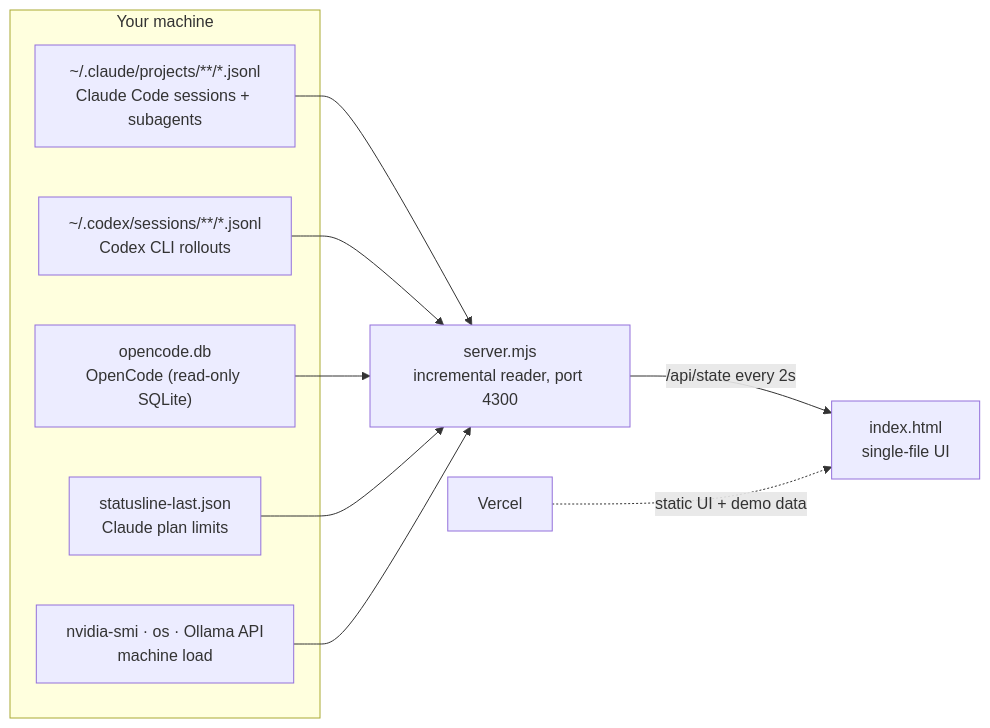
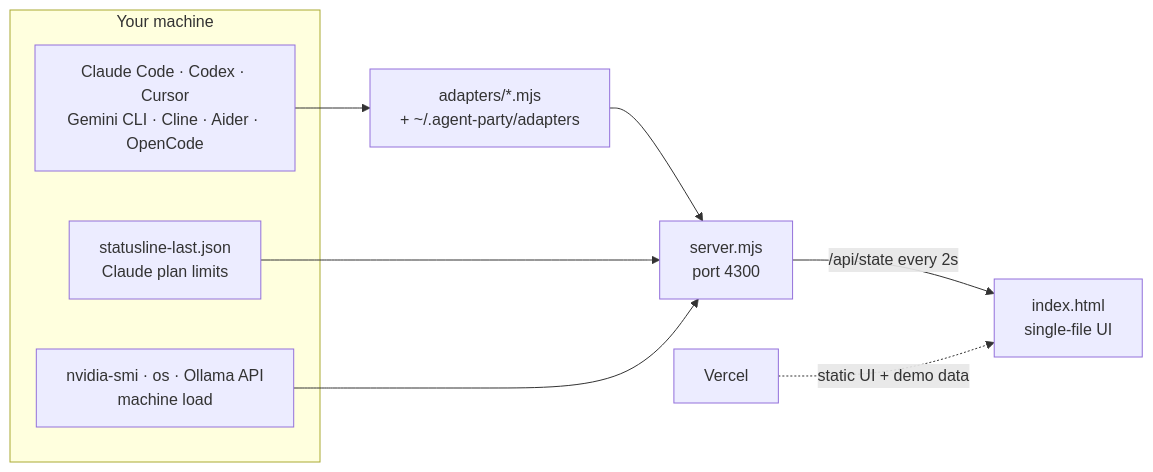
Before and after one commit to jvitorbarros15/agent-dashboard: the diagram in README.md, drawn with Mermaid. The commit also changed other lines of this file and 13 other files, not shown here.

Commit message:
Add adapters for Cursor, Gemini CLI, Aider and Cline, character picker and npx CLI

````diff
--- a/README.md
+++ b/README.md
@@ -118,13 +162,12 @@
 ```mermaid
 flowchart LR
     subgraph disk["Your machine"]
-        A["~/.claude/projects/**/*.jsonl<br/>Claude Code sessions + subagents"]
-        B["~/.codex/sessions/**/*.jsonl<br/>Codex CLI rollouts"]
-        C["opencode.db<br/>OpenCode (read-only SQLite)"]
+        A["Claude Code · Codex · Cursor<br/>Gemini CLI · Cline · Aider · OpenCode"]
         D["statusline-last.json<br/>Claude plan limits"]
         E["nvidia-smi · os · Ollama API<br/>machine load"]
     end
-    A & B & C & D & E --> S["server.mjs<br/>incremental reader, port 4300"]
+    A --> AD["adapters/*.mjs<br/>+ ~/.agent-party/adapters"]
+    AD & D & E --> S["server.mjs<br/>port 4300"]
     S -- "/api/state every 2s" --> UI["index.html<br/>single-file UI"]
     V["Vercel"] -. "static UI + demo data" .-> UI
 ```
````
